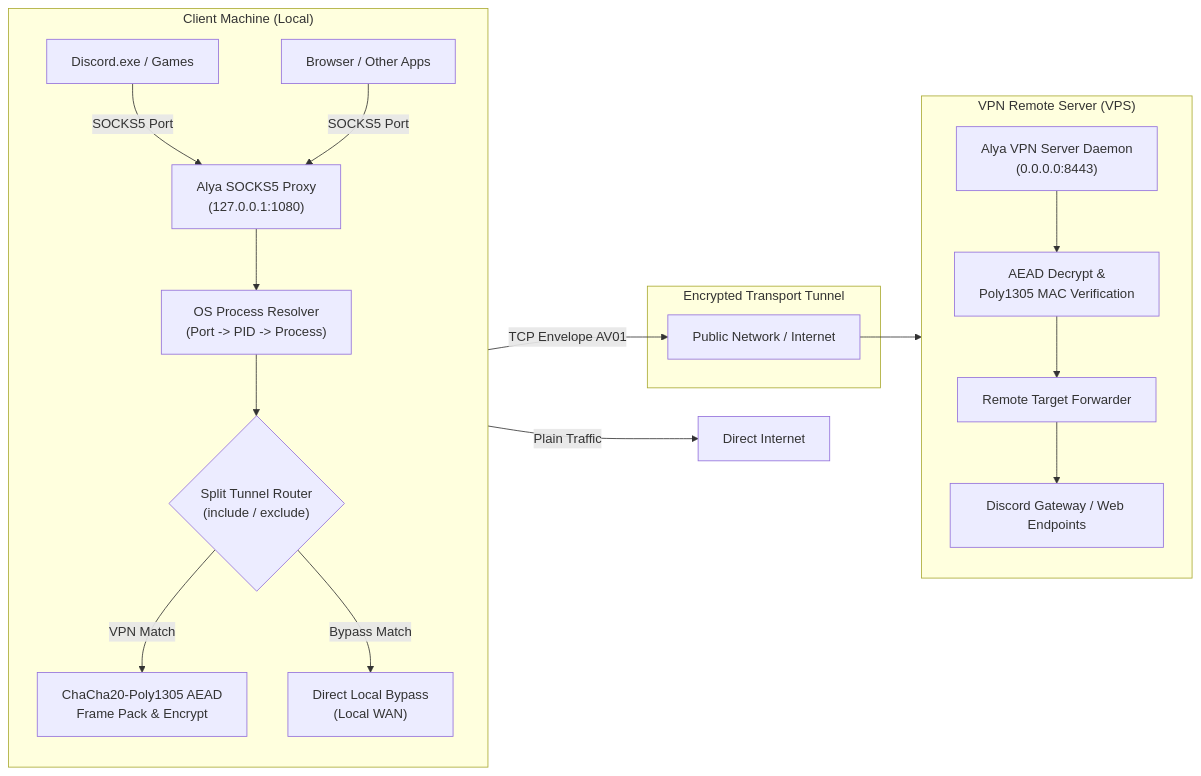
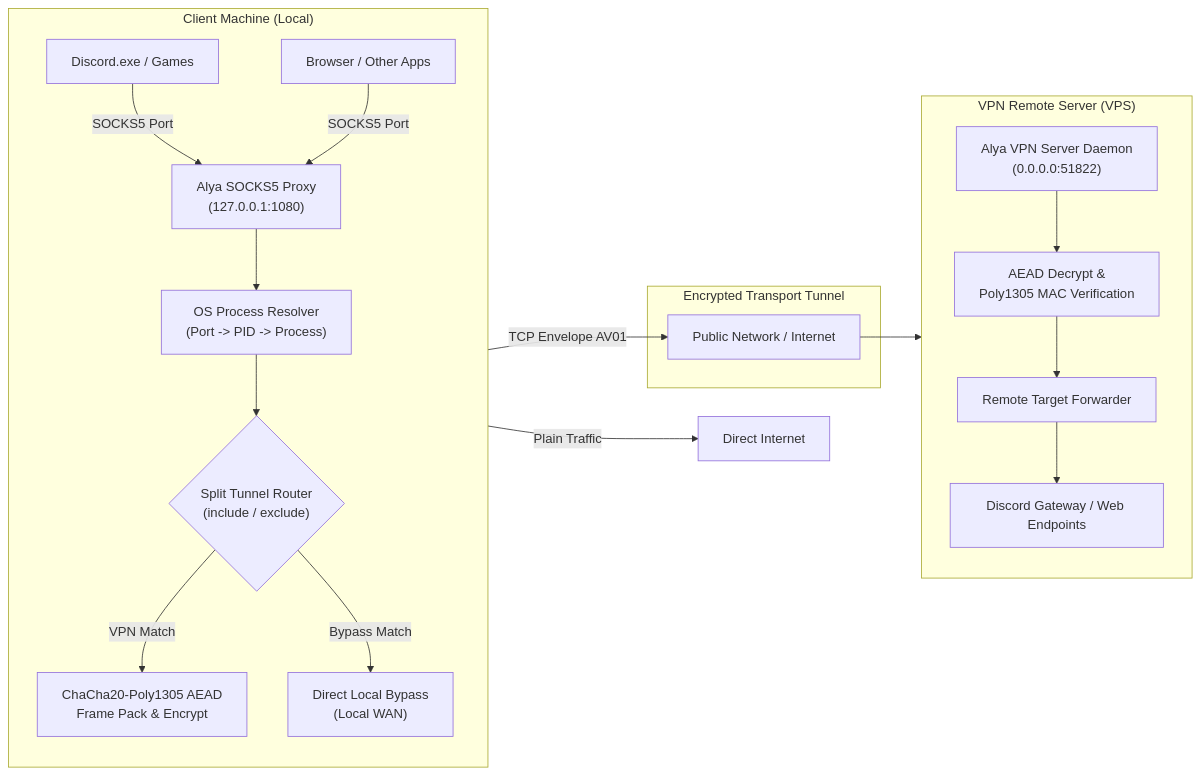
Before and after one commit to alya-lang/vpn: the diagram in README.md, drawn with Mermaid. The commit also changed other lines of this file and 2 other files, not shown here.

Commit message:
chore(release): bump version to v0.2.10 and update Alya compiler dependency to v0.0.18

````diff
--- a/README.md
+++ b/README.md
@@ -25,26 +25,26 @@
 ```mermaid
 flowchart LR
     subgraph Client ["Client Machine (Local)"]
         direction TB
         AppDiscord["Discord.exe / Games"] -->|SOCKS5 Port| LocalProxy["Alya SOCKS5 Proxy\n(127.0.0.1:1080)"]
         AppBrowser["Browser / Other Apps"] -->|SOCKS5 Port| LocalProxy
         LocalProxy --> Resolver["OS Process Resolver\n(Port -> PID -> Process)"]
         Resolver --> Router{"Split Tunnel Router\n(include / exclude)"}
         Router -->|VPN Match| Encryptor["ChaCha20-Poly1305 AEAD\nFrame Pack & Encrypt"]
         Router -->|Bypass Match| DirectRelay["Direct Local Bypass\n(Local WAN)"]
     end
 
     DirectRelay -->|Plain Traffic| InternetDirect["Direct Internet"]
 
     subgraph Tunnel ["Encrypted Transport Tunnel"]
         Encryptor -->|TCP Envelope AV01| NetWire["Public Network / Internet"]
     end
 
     subgraph Server ["VPN Remote Server (VPS)"]
         direction TB
-        NetWire --> ServerEngine["Alya VPN Server Daemon\n(0.0.0.0:8443)"]
+        NetWire --> ServerEngine["Alya VPN Server Daemon\n(0.0.0.0:51822)"]
         ServerEngine --> Decryptor["AEAD Decrypt &\nPoly1305 MAC Verification"]
         Decryptor --> Forwarder["Remote Target Forwarder"]
         Forwarder --> TargetDest["Discord Gateway / Web Endpoints"]
     end
 ```
````
